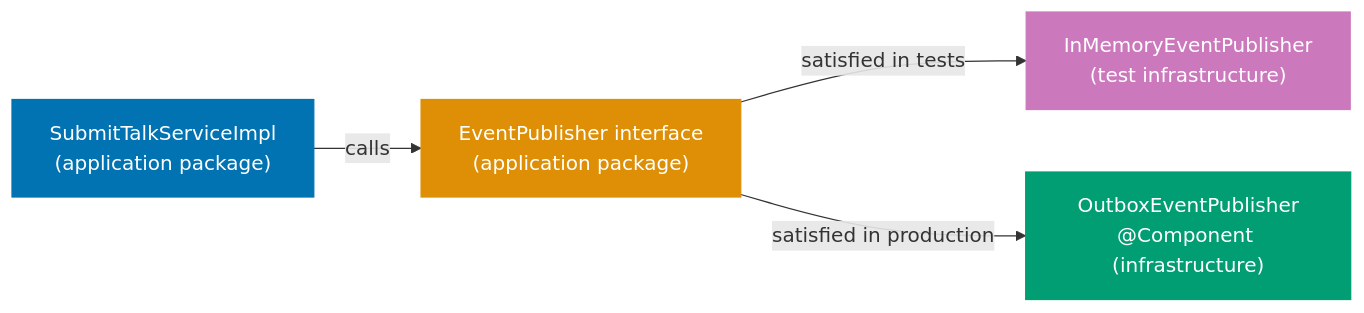
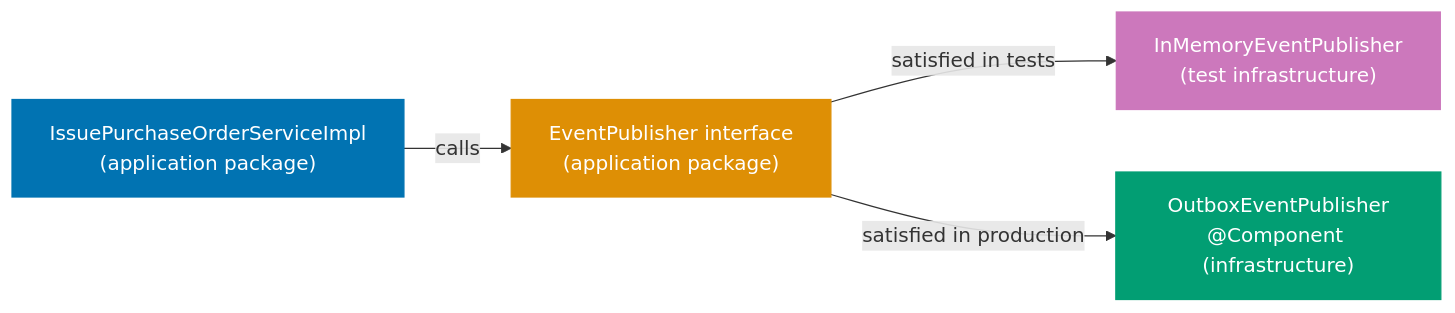
Before and after one commit to wahidyankf/open-sharia-enterprise: the second of 3 diagrams in apps/ayokoding-web/content/en/learn/software-engineering/architecture/ddd-hexagonal-in-practice/oop-in-the-field/intermediate.md, drawn with Mermaid. The commit also changed other lines of this file and 38 other files, not shown here.

First line of the commit message:
docs(ayokoding-web): unify architecture tutorials on shared P2P domain

````diff
--- a/apps/ayokoding-web/content/en/learn/software-engineering/architecture/ddd-hexagonal-in-practice/oop-in-the-field/intermediate.md
+++ b/apps/ayokoding-web/content/en/learn/software-engineering/architecture/ddd-hexagonal-in-practice/oop-in-the-field/intermediate.md
@@ -680,15 +496,15 @@
 ```mermaid
 flowchart LR
     port["EventPublisher interface\n(application package)"]:::orange
     mem["InMemoryEventPublisher\n(test infrastructure)"]:::purple
     outbox["OutboxEventPublisher\n@Component (infrastructure)"]:::teal
-    svc["SubmitTalkServiceImpl\n(application package)"]:::blue
+    svc["IssuePurchaseOrderServiceImpl\n(application package)"]:::blue
     port -->|"satisfied in tests"| mem
     port -->|"satisfied in production"| outbox
     svc -->|"calls"| port
 
     classDef orange fill:#DE8F05,color:#fff,stroke:#DE8F05
     classDef teal fill:#029E73,color:#fff,stroke:#029E73
     classDef purple fill:#CC78BC,color:#fff,stroke:#CC78BC
     classDef blue fill:#0173B2,color:#fff,stroke:#0173B2
 ```
````
